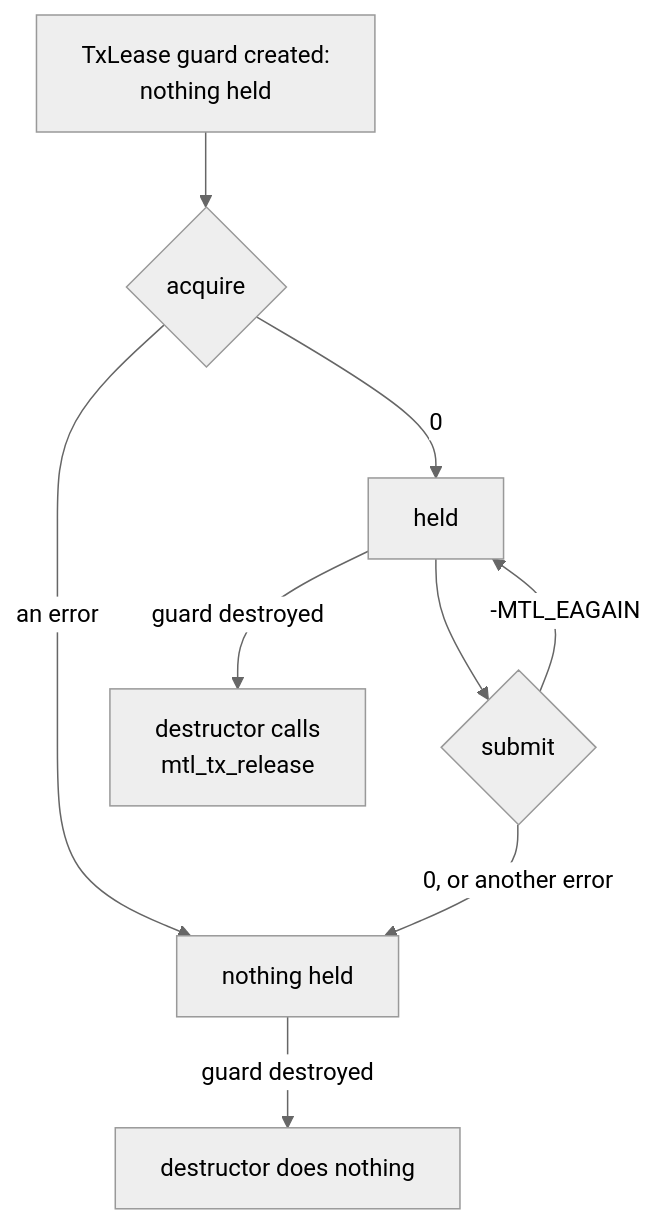
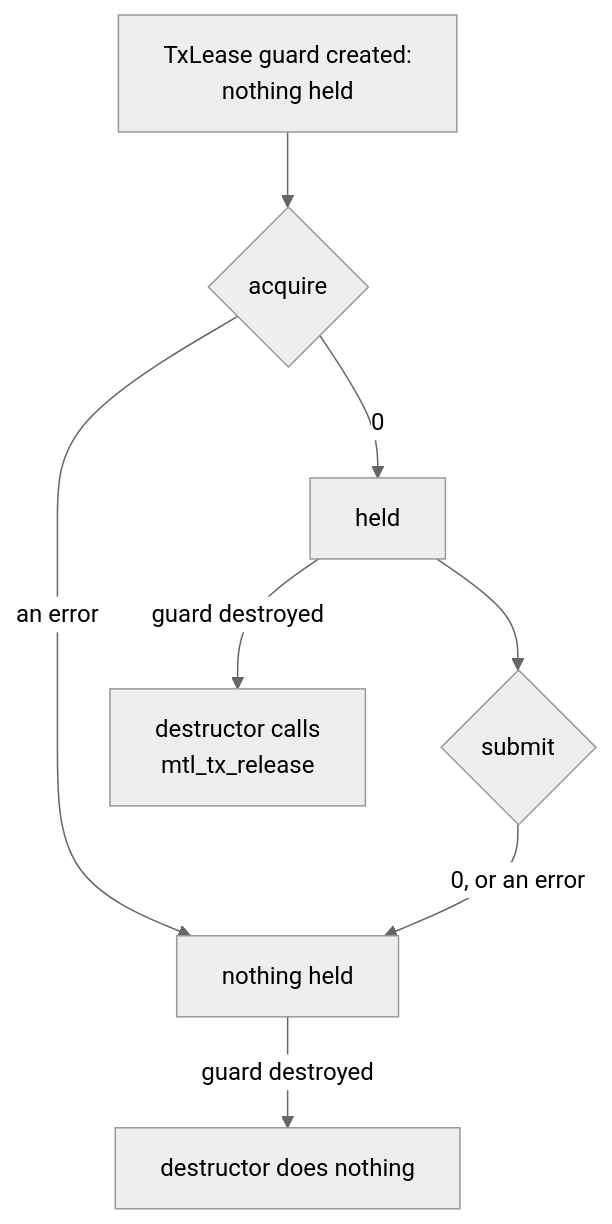
Diagram 16 of 56 in doc/unified-api/diagrams.md (Sakoram/Media-Transport-Library), drawn with Mermaid (neutral theme) before and after one commit. The commit also changed other lines of this file and 56 other files, not shown here.

````diff
--- a/doc/unified-api/diagrams.md
+++ b/doc/unified-api/diagrams.md
@@ -424,11 +426,10 @@
 ```mermaid
 flowchart TB
     G["TxLease guard created:<br/>nothing held"] --> A{"acquire"}
     A -->|"0"| H["held"]
     A -->|"an error"| N["nothing held"]
     H --> S{"submit"}
-    S -->|"-MTL_EAGAIN"| H
-    S -->|"0, or another error"| N
+    S -->|"0, or an error"| N
     H -->|"guard destroyed"| R["destructor calls<br/>mtl_tx_release"]
     N -->|"guard destroyed"| X["destructor does nothing"]
 ```
````
